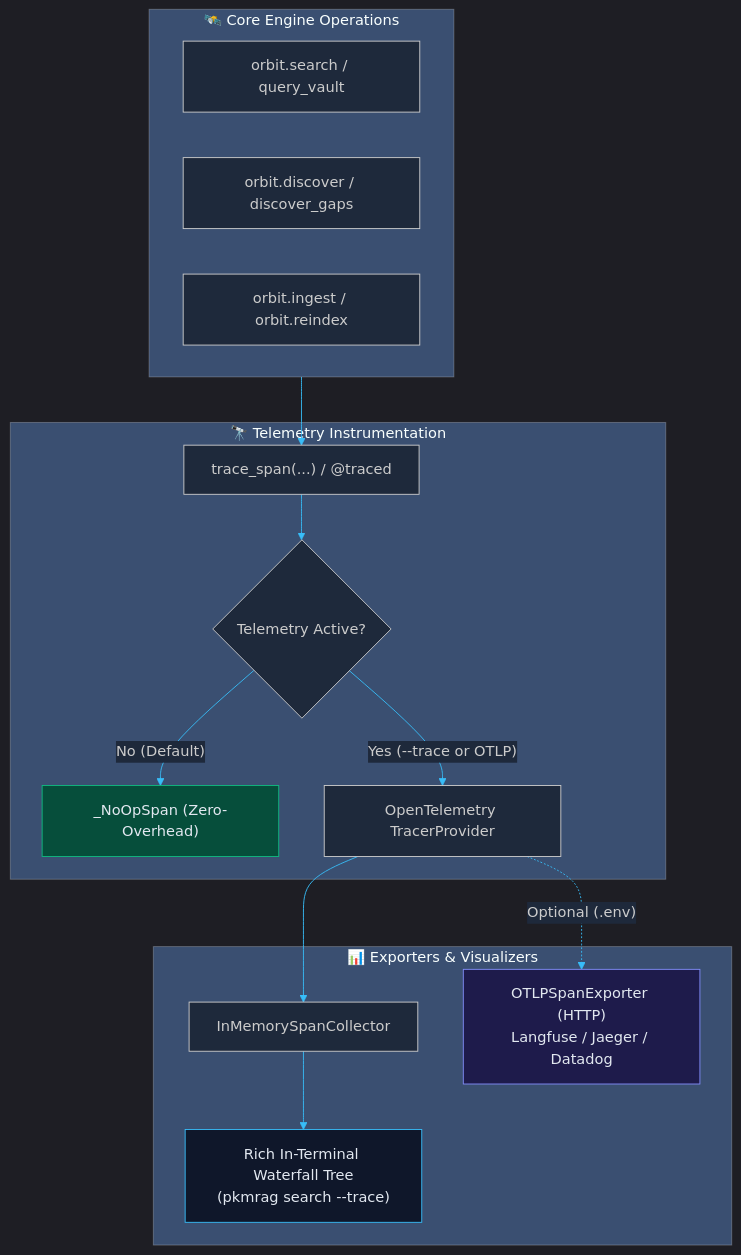
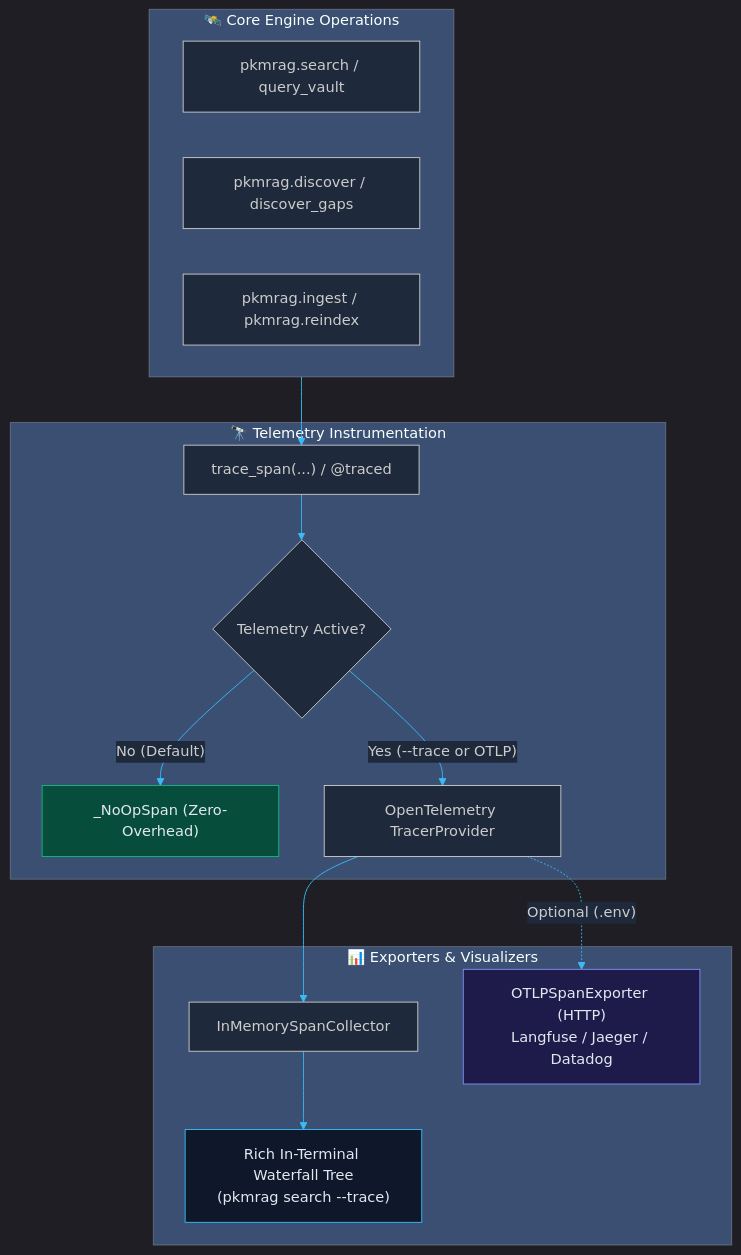
The diagram in docs/subsystems/observability.md (dev-hashemi/pkmrag), drawn with Mermaid before and after one commit. The commit also changed other lines of this file and 93 other files, not shown here.

````diff
--- a/docs/subsystems/observability.md
+++ b/docs/subsystems/observability.md
@@ -9,28 +9,28 @@
 ```mermaid
 %%{init: {'theme': 'dark', 'themeVariables': { 'darkMode': true, 'background': 'transparent', 'mainBkg': '#1e293b', 'primaryColor': '#1e293b', 'primaryBorderColor': '#3b82f6', 'primaryTextColor': '#f8fafc', 'lineColor': '#38bdf8', 'edgeLabelBackground': '#1e293b' }}}%%
 flowchart TD
     subgraph Core["🛰️ Core Engine Operations"]
-        S["orbit.search / query_vault"]
-        D["orbit.discover / discover_gaps"]
-        I["orbit.ingest / orbit.reindex"]
+        S["pkmrag.search / query_vault"]
+        D["pkmrag.discover / discover_gaps"]
+        I["pkmrag.ingest / pkmrag.reindex"]
     end
 
     subgraph Instrumentation["🔭 Telemetry Instrumentation"]
         Span["trace_span(...) / @traced"]
         Span --> Check{"Telemetry Active?"}
         Check -->|"No (Default)"| NoOp["_NoOpSpan (Zero-Overhead)"]
         Check -->|"Yes (--trace or OTLP)"| SDK["OpenTelemetry TracerProvider"]
     end
 
     subgraph Exporters["📊 Exporters & Visualizers"]
         SDK --> Mem["InMemorySpanCollector"]
         Mem --> RichTree["Rich In-Terminal Waterfall Tree\n(pkmrag search --trace)"]
         SDK -.->|"Optional (.env)"| OTLP["OTLPSpanExporter (HTTP)\nLangfuse / Jaeger / Datadog"]
     end
 
     Core --> Span
 
     style NoOp fill:#064e3b,stroke:#10b981,color:#e2e8f0
     style RichTree fill:#0f172a,stroke:#38bdf8,color:#e2e8f0
     style OTLP fill:#1e1b4b,stroke:#818cf8,color:#e2e8f0
 ```
````
